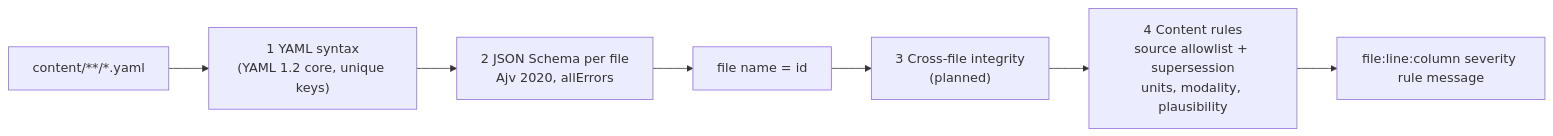
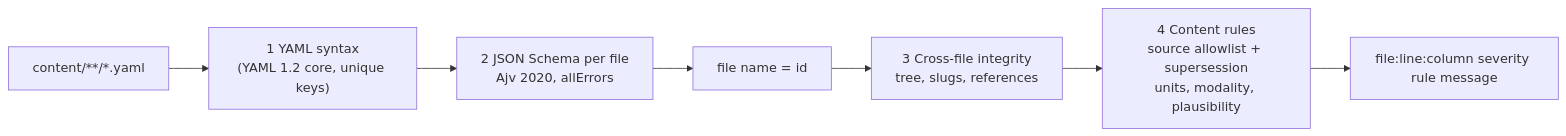
One commit to tudorgrigoriu90/valvia changed the first of 3 diagrams in docs/content-model.md. Above: the diagram before and after it, drawn with Mermaid. The commit also changed other lines of this file and 16 other files, not shown here.

````diff
--- a/docs/content-model.md
+++ b/docs/content-model.md
@@ -9,9 +9,9 @@
 ```mermaid
 flowchart LR
     yaml["content/**/*.yaml"] --> syntax["1 YAML syntax<br/>(YAML 1.2 core, unique keys)"]
     syntax --> schema["2 JSON Schema per file<br/>Ajv 2020, allErrors"]
     schema --> name["file name = id"]
-    name --> cross["3 Cross-file integrity<br/>(planned)"]
+    name --> cross["3 Cross-file integrity<br/>tree, slugs, references"]
     cross --> rules["4 Content rules<br/>source allowlist + supersession<br/>units, modality, plausibility"]
     rules --> out["file:line:column severity rule message"]
 ```
````
